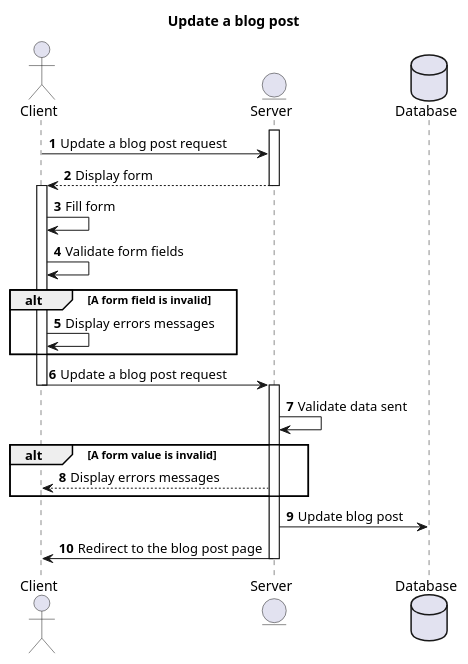
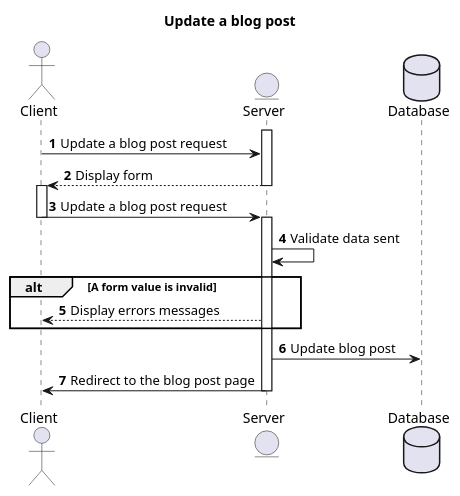
The diagram in docs/puml/sequence/blog/update_blog_post.puml (acecconato/AnthonyCecconato_5_18102021), drawn with PlantUML before and after one commit. The commit also changed 9 other files, not shown here.

```diff
--- a/docs/puml/sequence/blog/update_blog_post.puml
+++ b/docs/puml/sequence/blog/update_blog_post.puml
@@ -1,46 +1,38 @@
 @startuml
 
-title Update a blog post 
+title Update a blog post
 autonumber
 
-actor Client 
-entity Server 
-Database Database 
+actor Client
+entity Server
+Database Database
 
 activate Server
 
 Client -> Server : Update a blog post request
 
 Server --> Client : Display form
 
 deactivate Server
 
 activate Client
 
-Client -> Client : Fill form
-
-Client -> Client : Validate form fields 
-
-alt A form field is invalid
-    Client -> Client : Display errors messages
-end
-
 Client -> Server : Update a blog post request
 
 deactivate Client
 
 activate Server
 
-Server -> Server : Validate data sent 
+Server -> Server : Validate data sent
 
-alt A form value is invalid 
+alt A form value is invalid
     Server --> Client : Display errors messages
 end
 
 Server -> Database : Update blog post
 
 Server -> Client : Redirect to the blog post page
 
 deactivate Server
 
 @enduml
```
